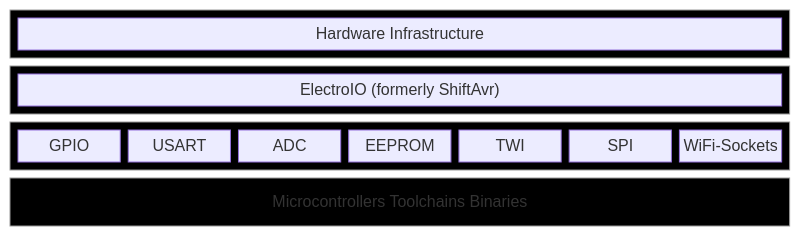
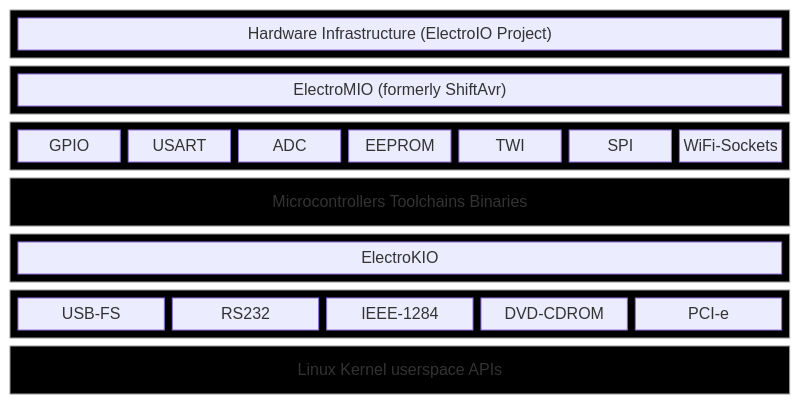
Before and after one commit to Electrostat-Lab/Electrostatic-Sandbox: the fifth of 6 diagrams in README.md, drawn with Mermaid. The commit also changed other lines of this file, not shown here.

Commit message:
Update README.md: redistribute the project into major subprojects

````diff
--- a/README.md
+++ b/README.md
@@ -171,25 +187,42 @@
 ```mermaid
 block-beta
 columns 1
 block:INFRA
-    _INFRA["Hardware Infrastructure"]
+    _INFRA["Hardware Infrastructure (ElectroIO Project)"]
 end
-block:ELECTROIO
-    _ELECTROIO["ElectroIO (formerly ShiftAvr)"]
+block:ELECTROMIO
+    _ELECTROMIO["ElectroMIO (formerly ShiftAvr)"]
 end
-block:__ELECTROIO
-    GPIO["GPIO"]
-    UART["USART"]
-    ADC["ADC"]
-    EEPROM["EEPROM"]
-    TWI["TWI"]
-    SPI["SPI"]
-    SOCKET["WiFi-Sockets"]
+block:__ELECTROMIO
+  GPIO["GPIO"]
+  UART["USART"]
+  ADC["ADC"]
+  EEPROM["EEPROM"]
+  TWI["TWI"]
+  SPI["SPI"]
+  SOCKET["WiFi-Sockets"]
 end
 MCU["Microcontrollers Toolchains Binaries"]
 
+block:ELECTROKIO
+    _ELECTROKIO["ElectroKIO"]
+end
+
+block:__ELECTROKIO
+    USB["USB-FS"]
+    RS232["RS232"]
+    PARA["IEEE-1284"]
+    CD["DVD-CDROM"]
+    PCI["PCI-e"]
+end
+KIO["Linux Kernel userspace APIs"]
+
 style INFRA fill:#000,stroke:#999
-style ELECTROIO fill:#000,stroke:#999
-style __ELECTROIO fill:#000,stroke:#999
+style ELECTROMIO fill:#000,stroke:#999
+style __ELECTROMIO fill:#000,stroke:#999
 style MCU fill:#000,stroke:#999
+
+style ELECTROKIO fill:#000,stroke:#999
+style __ELECTROKIO fill:#000,stroke:#999
+style KIO fill:#000,stroke:#999
 ```
````
